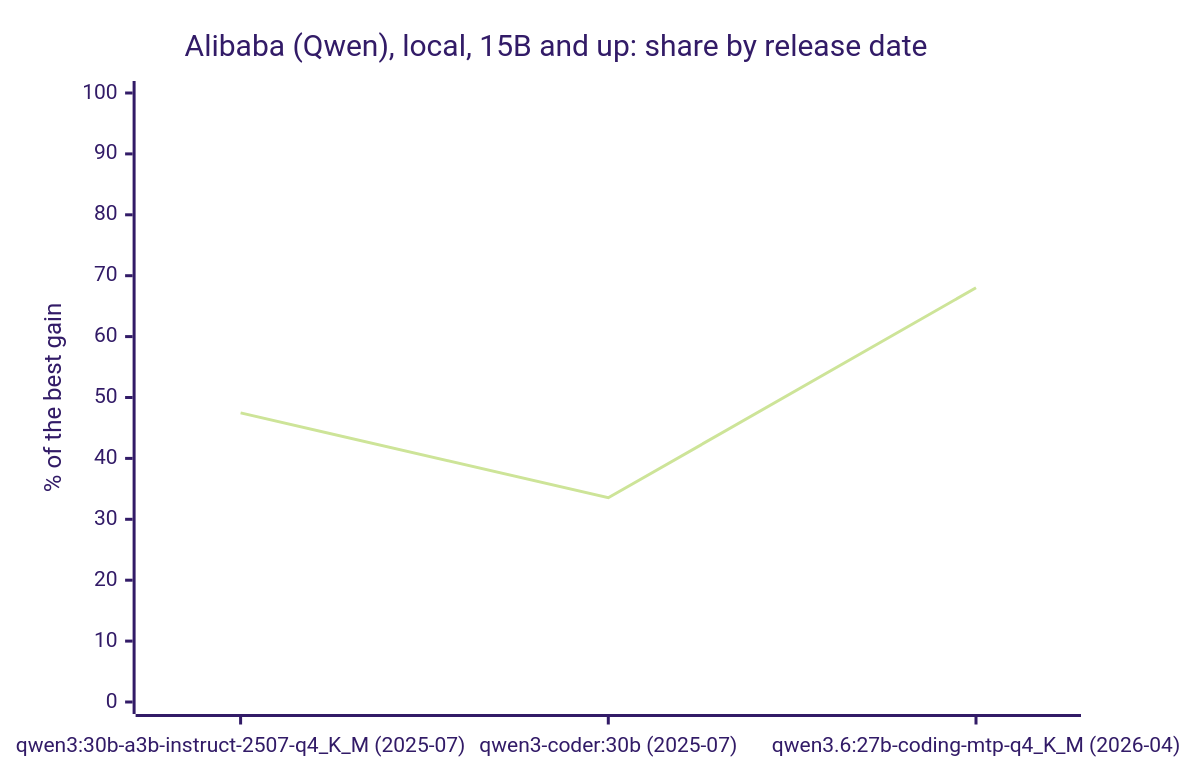
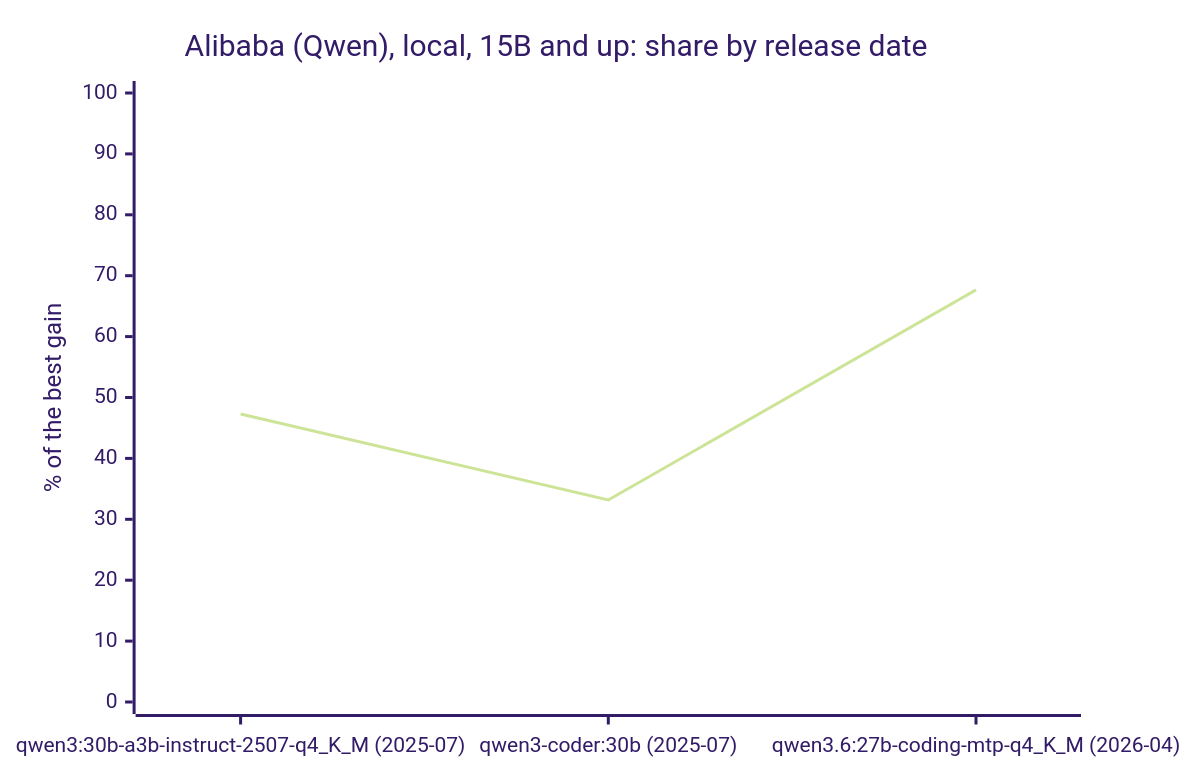
The diagram in docs/benchmarks/developers.md (cklukas/OMEGA_TRANSFORM), drawn with Mermaid (forest theme) before and after one commit. The commit also changed other lines of this file and 49 other files, not shown here.

````diff
--- a/docs/benchmarks/developers.md
+++ b/docs/benchmarks/developers.md
@@ -94,7 +94,7 @@
 ```mermaid
 xychart-beta
     title "Alibaba (Qwen), local, 15B and up: share by release date"
     x-axis ["qwen3:30b-a3b-instruct-2507-q4_K_M (2025-07)", "qwen3-coder:30b (2025-07)", "qwen3.6:27b-coding-mtp-q4_K_M (2026-04)"]
     y-axis "% of the best gain" 0 --> 100
-    line [47.47, 33.54, 68.02]
+    line [47.3, 33.17, 67.67]
 ```
````
